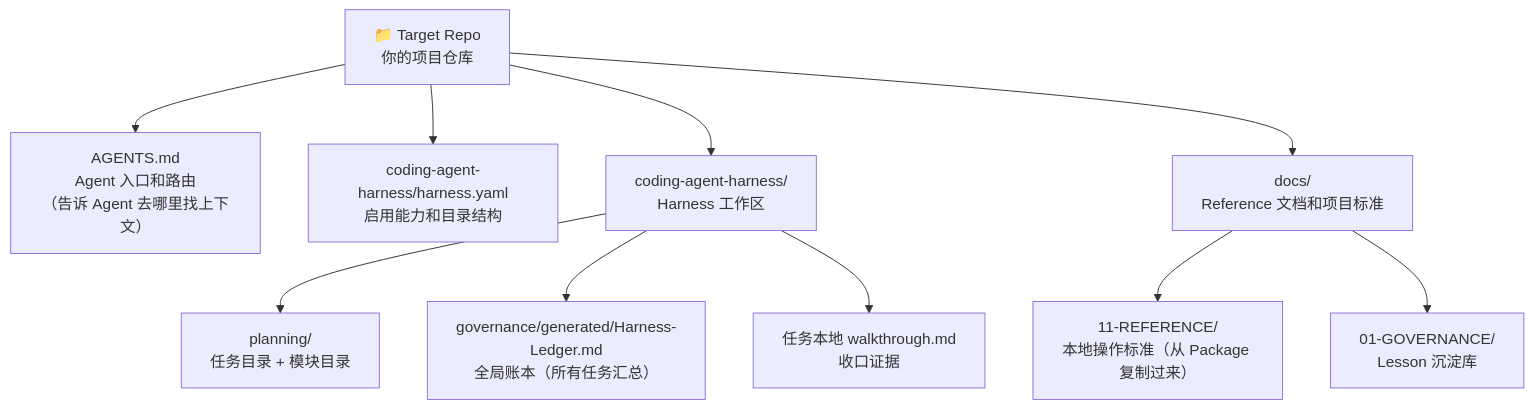
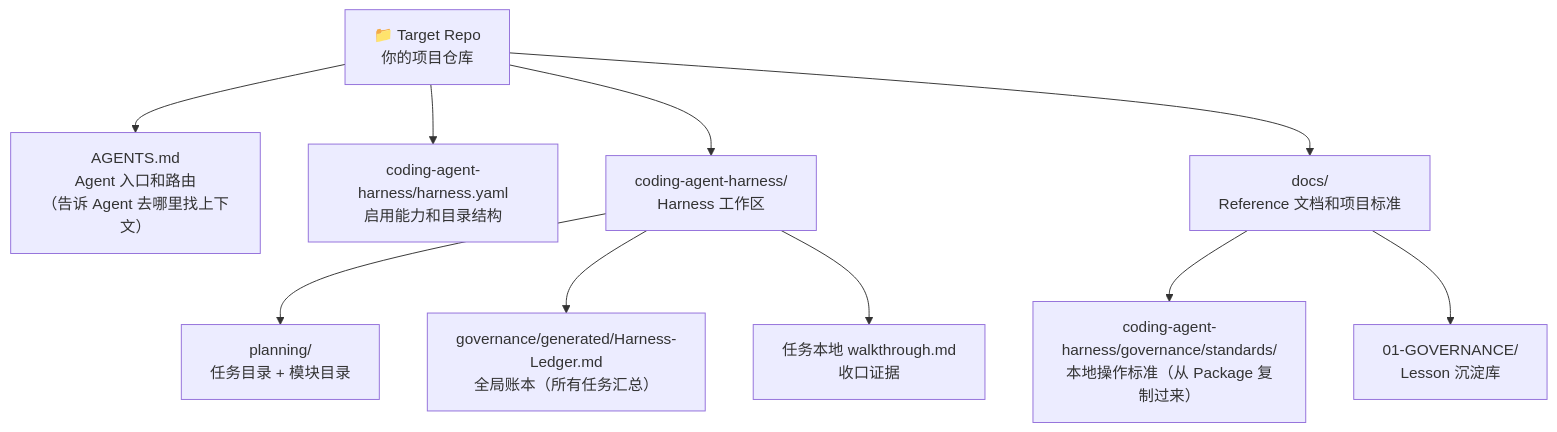
The third of 4 diagrams in docs-release/architecture/system-explainer/01-system-overview.md (FairladyZ625/coding-agent-harness), drawn with Mermaid before and after one commit. The commit also changed other lines of this file and 120 other files, not shown here.

````diff
--- a/docs-release/architecture/system-explainer/01-system-overview.md
+++ b/docs-release/architecture/system-explainer/01-system-overview.md
@@ -100,15 +100,15 @@
 ```mermaid
 flowchart TD
   REPO["📁 Target Repo\n你的项目仓库"]
 
   REPO --> Entry["AGENTS.md\nAgent 入口和路由\n（告诉 Agent 去哪里找上下文）"]
   REPO --> Manifest["coding-agent-harness/harness.yaml\n启用能力和目录结构"]
   REPO --> Harness["coding-agent-harness/\nHarness 工作区"]
   REPO --> Docs["docs/\nReference 文档和项目标准"]
 
   Harness --> Planning["planning/\n任务目录 + 模块目录"]
   Harness --> Ledger["governance/generated/Harness-Ledger.md\n全局账本（所有任务汇总）"]
   Harness --> Walkthrough["任务本地 walkthrough.md\n收口证据"]
-  Docs --> Reference["11-REFERENCE/\n本地操作标准（从 Package 复制过来）"]
+  Docs --> Reference["coding-agent-harness/governance/standards/\n本地操作标准（从 Package 复制过来）"]
   Docs --> Governance["01-GOVERNANCE/\nLesson 沉淀库"]
 ```
````
